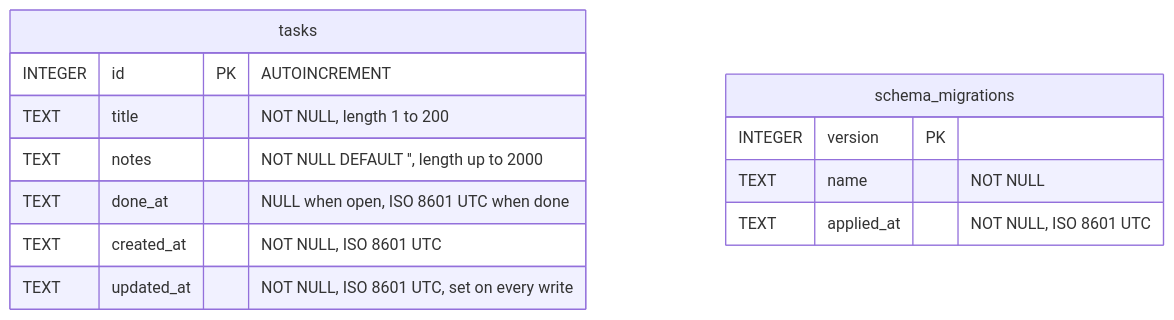
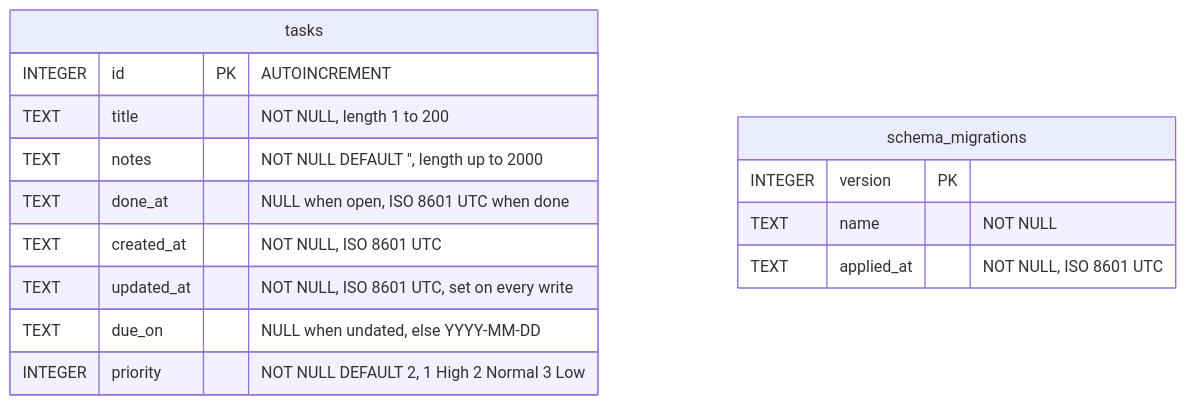
One commit to mkelk/harness-demo changed the diagram in docs/current/data-model.md. Above: the diagram before and after it, drawn with Mermaid. The commit also changed other lines of this file and 12 other files, not shown here.

Commit message:
tick 1ti: due date and priority in the domain: migration 0002, validation, ordering, filters

````diff
--- a/docs/current/data-model.md
+++ b/docs/current/data-model.md
@@ -11,16 +11,18 @@
 ```mermaid
 erDiagram
     tasks {
         INTEGER id PK "AUTOINCREMENT"
         TEXT title "NOT NULL, length 1 to 200"
         TEXT notes "NOT NULL DEFAULT '', length up to 2000"
         TEXT done_at "NULL when open, ISO 8601 UTC when done"
         TEXT created_at "NOT NULL, ISO 8601 UTC"
         TEXT updated_at "NOT NULL, ISO 8601 UTC, set on every write"
+        TEXT due_on "NULL when undated, else YYYY-MM-DD"
+        INTEGER priority "NOT NULL DEFAULT 2, 1 High 2 Normal 3 Low"
     }
     schema_migrations {
         INTEGER version PK
         TEXT name "NOT NULL"
         TEXT applied_at "NOT NULL, ISO 8601 UTC"
     }
 ```
````
